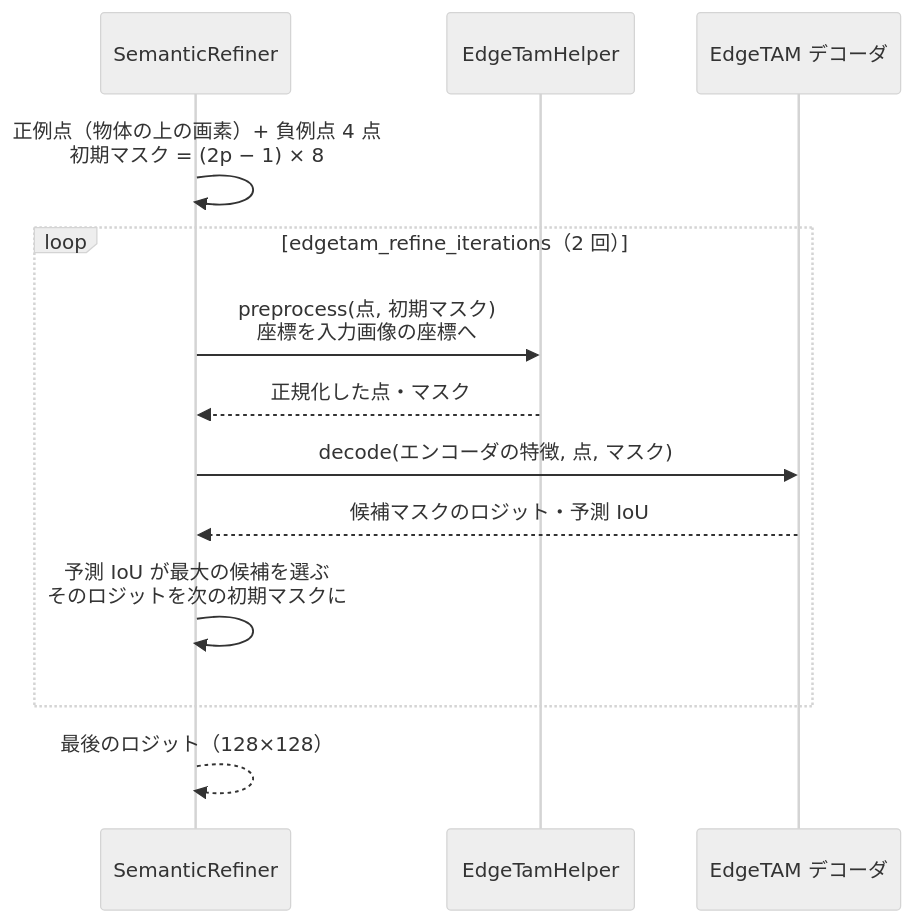
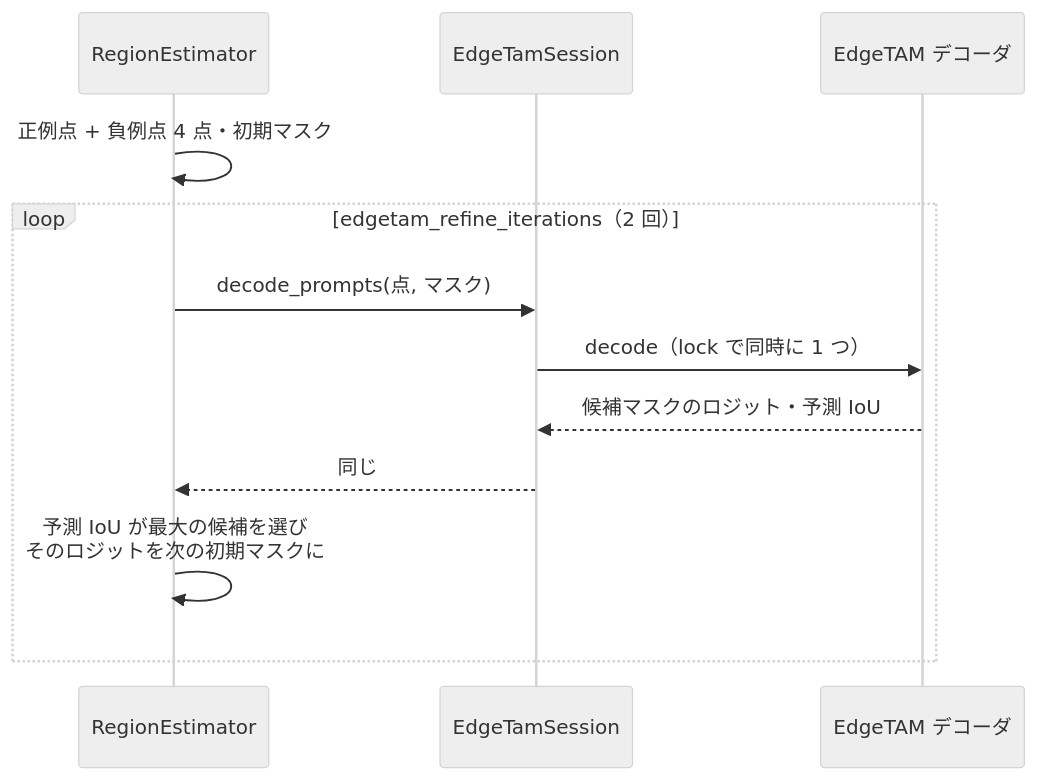
The sixth of 8 diagrams in docs/detailed_segmentation.md (fklg-64/pe_anything_detect), drawn with Mermaid (neutral theme) before and after one commit. The commit also changed other lines of this file and 85 other files, not shown here.

````diff
--- a/docs/detailed_segmentation.md
+++ b/docs/detailed_segmentation.md
@@ -224,16 +136,14 @@
 ```mermaid
 sequenceDiagram
-    participant R as SemanticRefiner
-    participant H as EdgeTamHelper
+    participant E as RegionEstimator
+    participant S as EdgeTamSession
     participant D as EdgeTAM デコーダ
-
-    R->>R: 正例点（物体の上の画素）+ 負例点 4 点<br/>初期マスク = (2p − 1) × 8
+    E->>E: 正例点 + 負例点 4 点・初期マスク
     loop edgetam_refine_iterations（2 回）
-        R->>H: preprocess(点, 初期マスク)<br/>座標を入力画像の座標へ
-        H-->>R: 正規化した点・マスク
-        R->>D: decode(エンコーダの特徴, 点, マスク)
-        D-->>R: 候補マスクのロジット・予測 IoU
-        R->>R: 予測 IoU が最大の候補を選ぶ<br/>そのロジットを次の初期マスクに
+        E->>S: decode_prompts(点, マスク)
+        S->>D: decode（lock で同時に 1 つ）
+        D-->>S: 候補マスクのロジット・予測 IoU
+        S-->>E: 同じ
+        E->>E: 予測 IoU が最大の候補を選び<br/>そのロジットを次の初期マスクに
     end
-    R-->>R: 最後のロジット（128×128）
 ```
````
